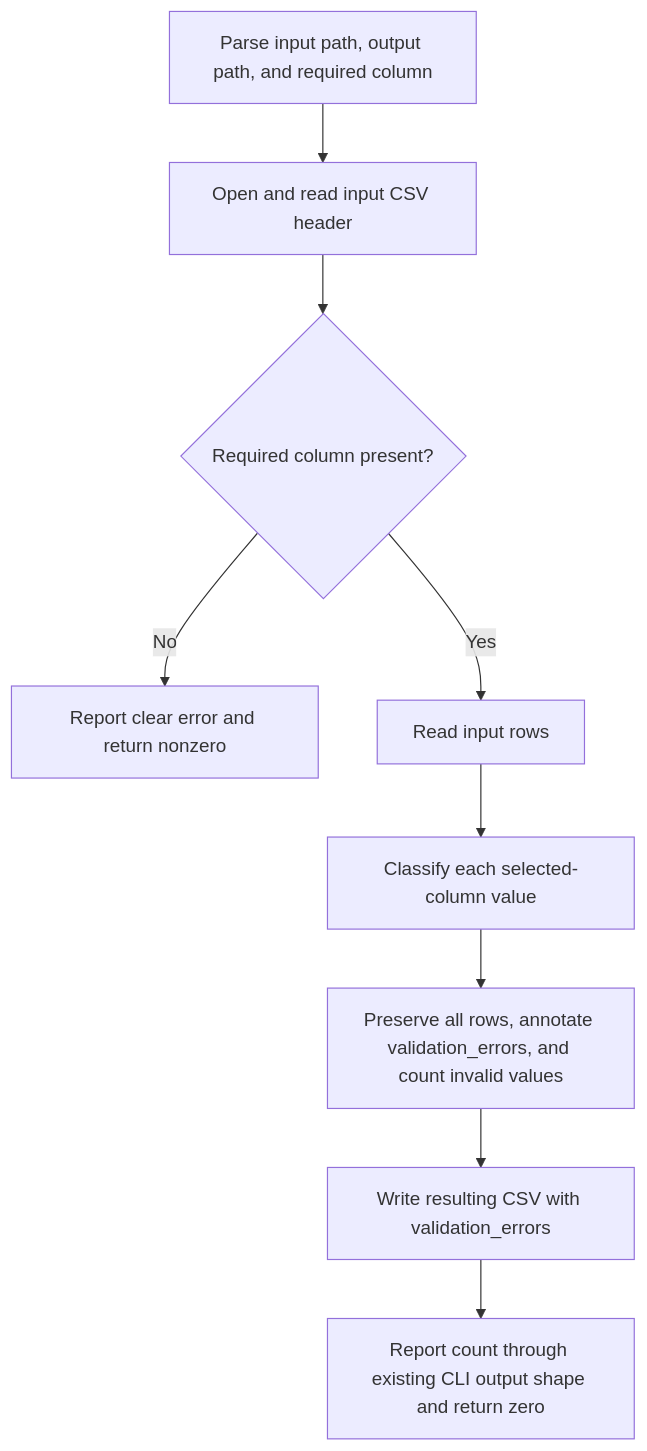
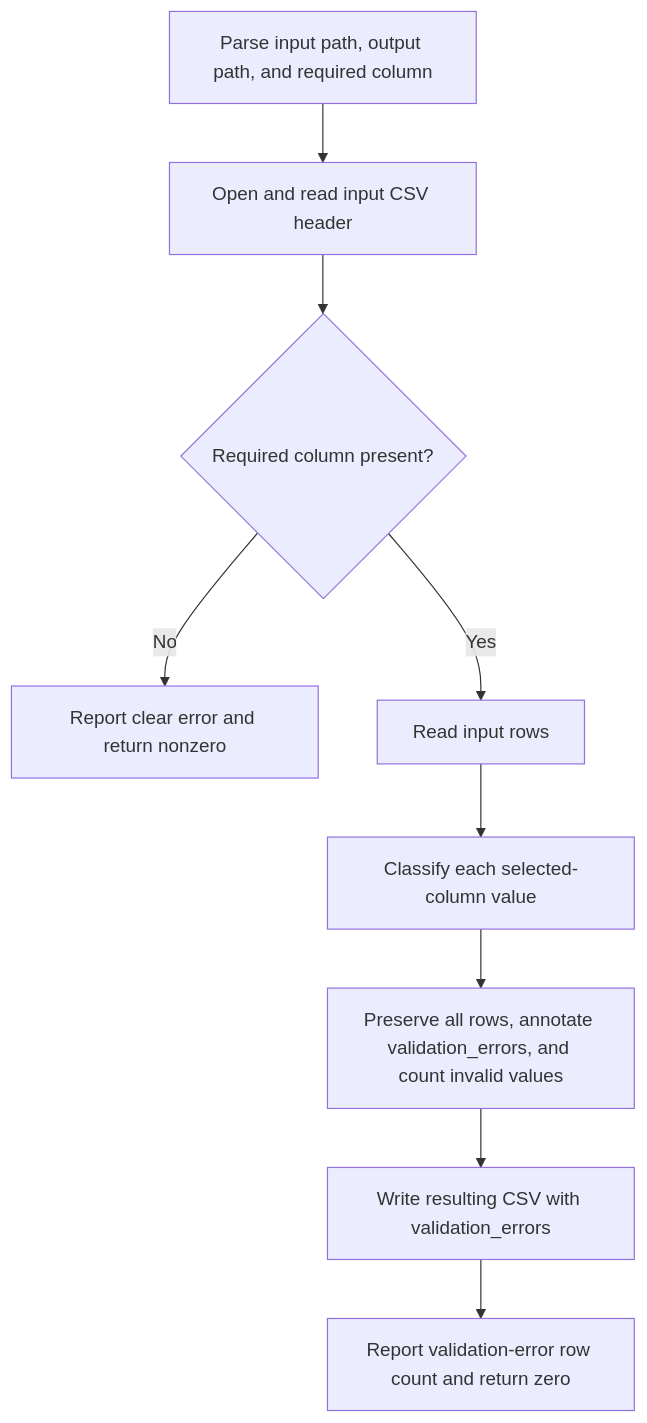
Before and after one commit to ecarrenolozano/research-csv-cleaner: the diagram in sdlc_docs/02_architecture/containers/cli-application/code-level.md, drawn with Mermaid. The commit also changed other lines of this file and 5 other files, not shown here.

First line of the commit message:
Implement validation-error row count reporting

````diff
--- a/sdlc_docs/02_architecture/containers/cli-application/code-level.md
+++ b/sdlc_docs/02_architecture/containers/cli-application/code-level.md
@@ -30,11 +31,11 @@
 ```mermaid
 flowchart TD
     A[Parse input path, output path, and required column] --> B[Open and read input CSV header]
     B --> C{Required column present?}
     C -- No --> D[Report clear error and return nonzero]
     C -- Yes --> E[Read input rows]
     E --> F[Classify each selected-column value]
     F --> G[Preserve all rows, annotate validation_errors, and count invalid values]
     G --> H[Write resulting CSV with validation_errors]
-    H --> I[Report count through existing CLI output shape and return zero]
+    H --> I[Report validation-error row count and return zero]
 ```
````
